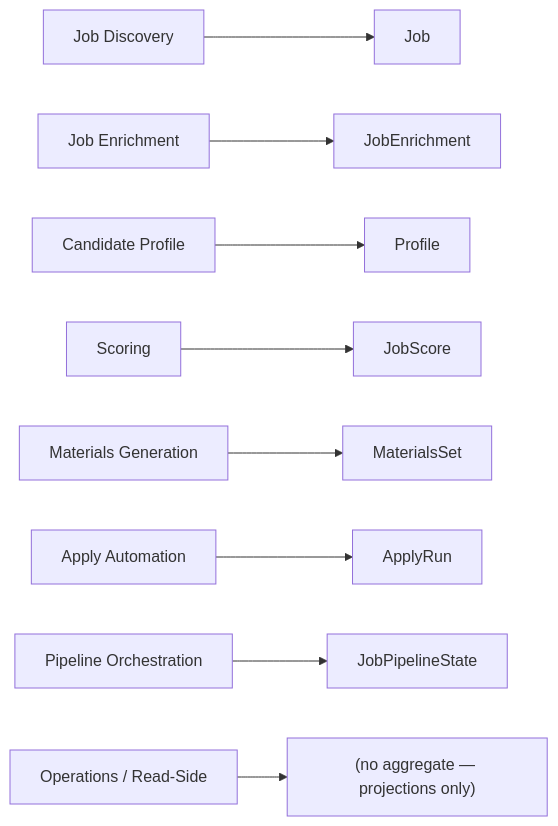
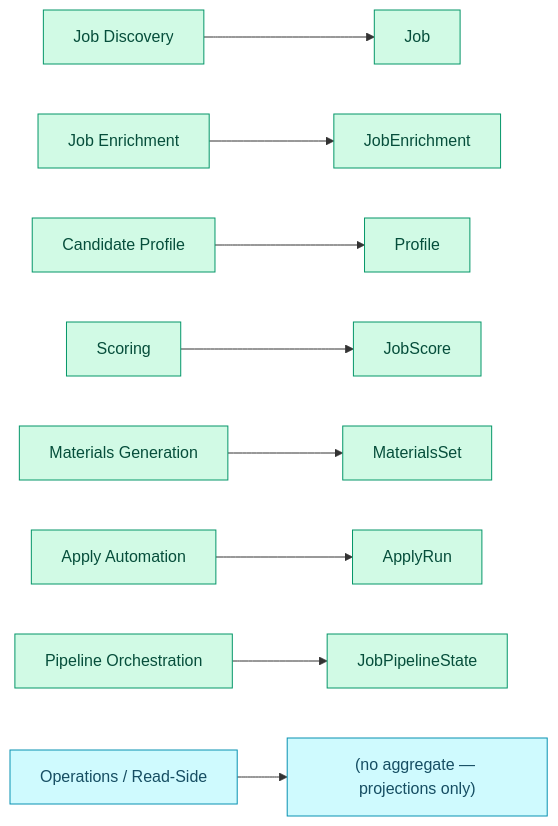
One commit to ebarti/JobCtrl changed the first of 3 diagrams in docs/architecture/domain-model/tactical.md. Above: the diagram before and after it, drawn with Mermaid. The commit also changed 19 other files, not shown here.

````diff
--- a/docs/architecture/domain-model/tactical.md
+++ b/docs/architecture/domain-model/tactical.md
@@ -12,11 +12,16 @@
 ```mermaid
 flowchart LR
     D["Job Discovery"] --> Djob["Job"]
     E["Job Enrichment"] --> Ejob["JobEnrichment"]
     P["Candidate Profile"] --> Pp["Profile"]
     S["Scoring"] --> Ss["JobScore"]
     M["Materials Generation"] --> Mm["MaterialsSet"]
     A["Apply Automation"] --> Aa["ApplyRun"]
     O["Pipeline Orchestration"] --> Oo["JobPipelineState"]
     R["Operations / Read-Side"] --> Rr["(no aggregate — projections only)"]
+
+    classDef py fill:#d1fae5,stroke:#059669,color:#064e3b
+    classDef store fill:#cffafe,stroke:#0891b2,color:#164e63
+    class D,E,P,S,M,A,O,Djob,Ejob,Pp,Ss,Mm,Aa,Oo py
+    class R,Rr store
 ```
````
